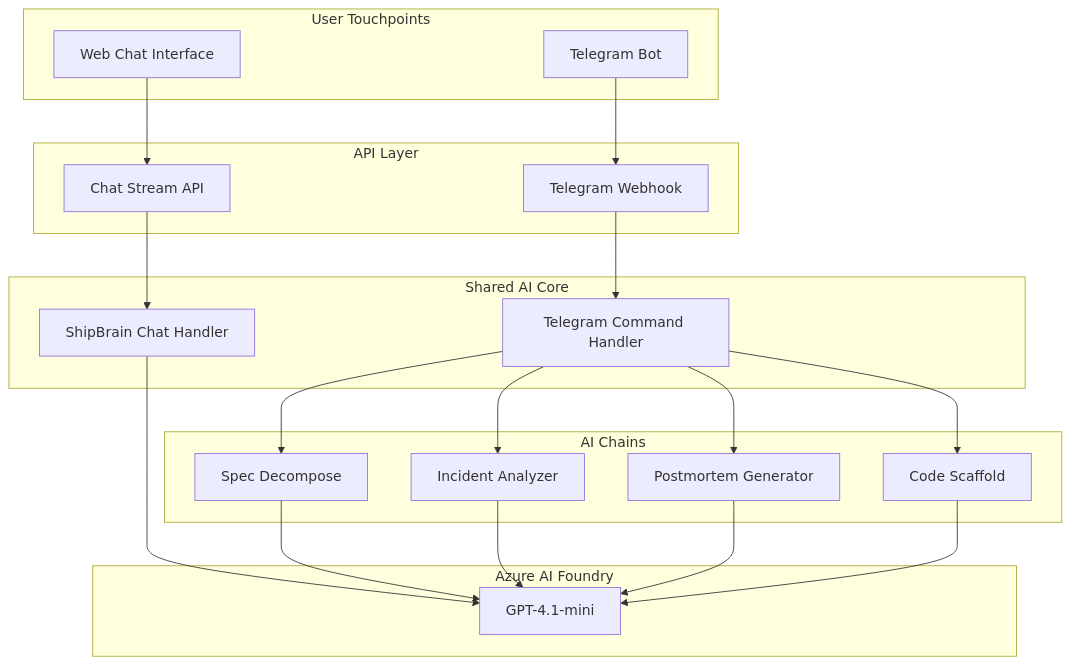
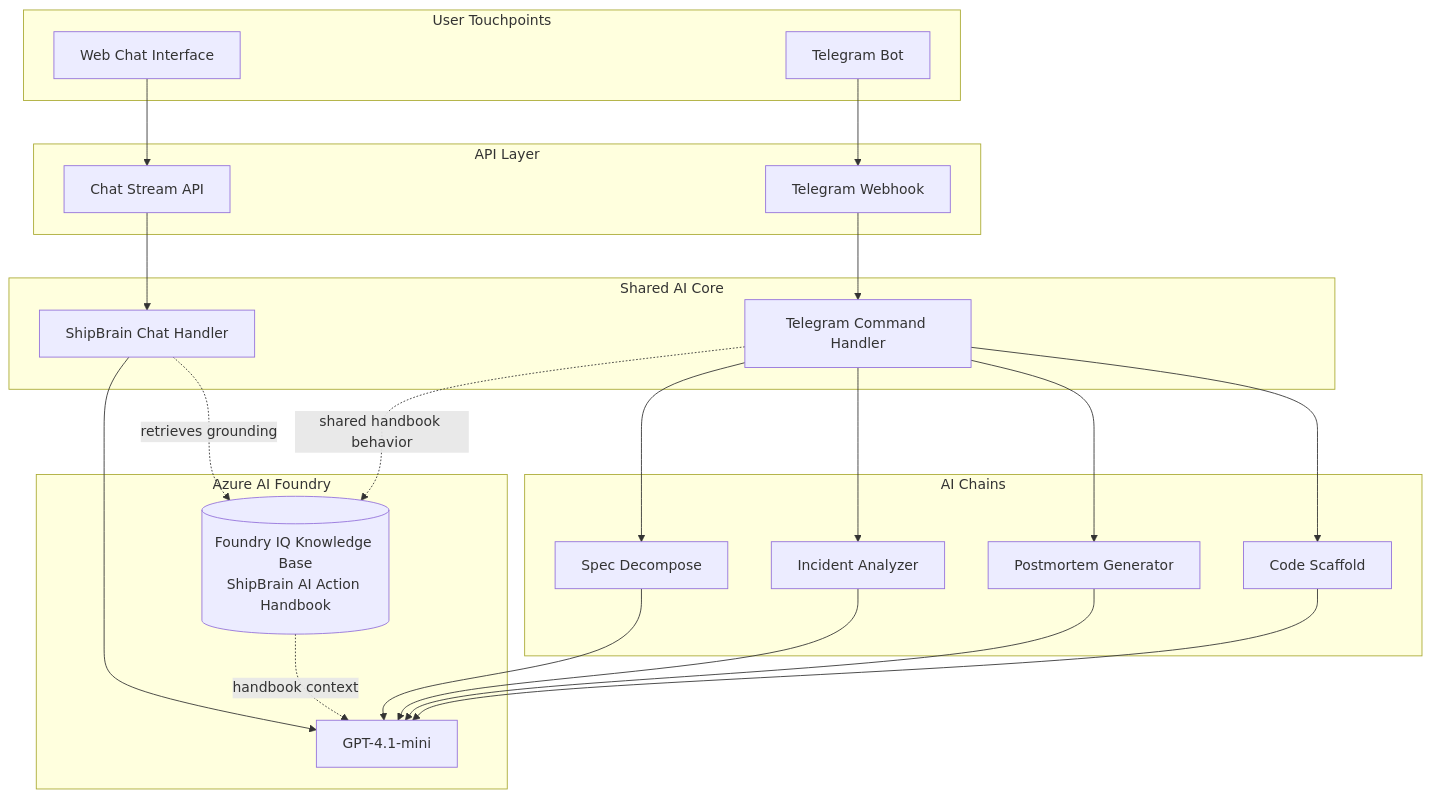
One commit to JeevantheDev/ShipBrain changed the tenth of 19 diagrams in SHIPBRAIN_PRD_FINAL.md. Above: the diagram before and after it, drawn with Mermaid. The commit also changed other lines of this file and 1 other file, not shown here.

Commit message:
landing page update

````diff
--- a/SHIPBRAIN_PRD_FINAL.md
+++ b/SHIPBRAIN_PRD_FINAL.md
@@ -473,43 +475,47 @@
 ```mermaid
 flowchart TB
     subgraph "User Touchpoints"
         WEB[Web Chat Interface]
         TG[Telegram Bot]
     end
 
     subgraph "API Layer"
         CHAT_API[Chat Stream API]
         TG_WH[Telegram Webhook]
     end
 
     subgraph "Shared AI Core"
         SBC[ShipBrain Chat Handler]
         TGT[Telegram Command Handler]
     end
 
     subgraph "AI Chains"
         SD[Spec Decompose]
         IA[Incident Analyzer]
         PM[Postmortem Generator]
         CS[Code Scaffold]
     end
 
     subgraph "Azure AI Foundry"
         MODEL[GPT-4.1-mini]
+        IQ[(Foundry IQ Knowledge Base<br/>ShipBrain AI Action Handbook)]
     end
 
     WEB --> CHAT_API
     CHAT_API --> SBC
     TG --> TG_WH
     TG_WH --> TGT
 
     SBC --> MODEL
+    SBC -. retrieves grounding .-> IQ
+    IQ -. handbook context .-> MODEL
     TGT --> SD
     TGT --> IA
     TGT --> PM
     TGT --> CS
     SD --> MODEL
     IA --> MODEL
     PM --> MODEL
     CS --> MODEL
+    TGT -. shared handbook behavior .-> IQ
 ```
````
